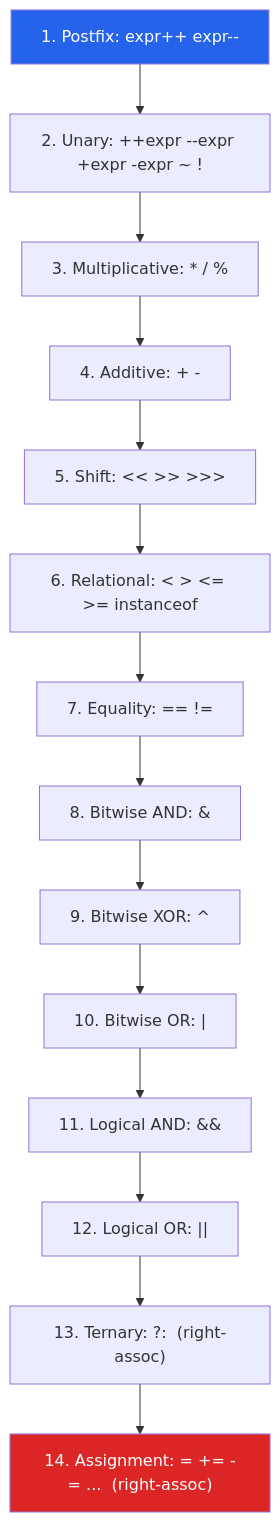
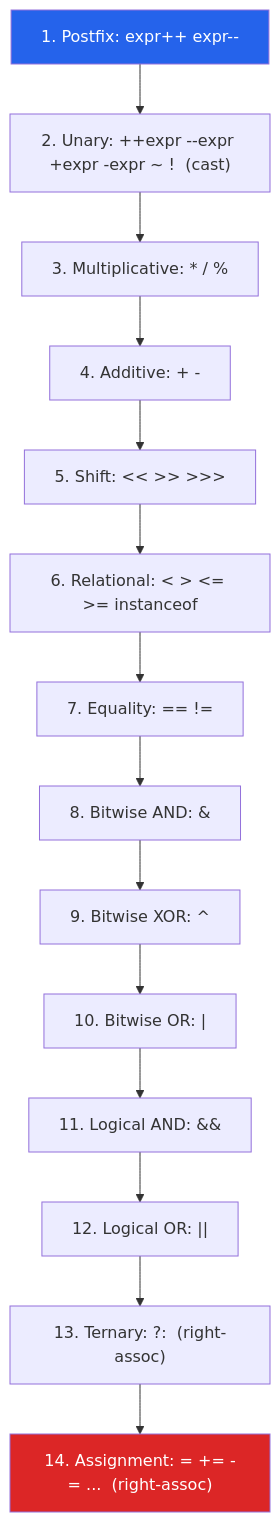
Before and after one commit to prabhu-raghunathan/java-learn: the first of 2 diagrams in docs/01-core-java/operators-and-precedence.md, drawn with Mermaid. The commit also changed other lines of this file and 28 other files, not shown here.

````diff
--- a/docs/01-core-java/operators-and-precedence.md
+++ b/docs/01-core-java/operators-and-precedence.md
@@ -25,19 +35,19 @@
 ```mermaid
 flowchart TB
-    L1["1. Postfix: expr++ expr--"] --> L2["2. Unary: ++expr --expr +expr -expr ~ !"]
+    L1["1. Postfix: expr++ expr--"] --> L2["2. Unary: ++expr --expr +expr -expr ~ !  (cast)"]
     L2 --> L3["3. Multiplicative: * / %"]
     L3 --> L4["4. Additive: + -"]
     L4 --> L5["5. Shift: << >> >>>"]
     L5 --> L6["6. Relational: < > <= >= instanceof"]
     L6 --> L7["7. Equality: == !="]
     L7 --> L8["8. Bitwise AND: &"]
     L8 --> L9["9. Bitwise XOR: ^"]
     L9 --> L10["10. Bitwise OR: |"]
     L10 --> L11["11. Logical AND: &&"]
     L11 --> L12["12. Logical OR: ||"]
     L12 --> L13["13. Ternary: ?:  (right-assoc)"]
     L13 --> L14["14. Assignment: = += -= ...  (right-assoc)"]
 
     style L1 fill:#2563eb,color:#fff
     style L14 fill:#dc2626,color:#fff
 ```
````
